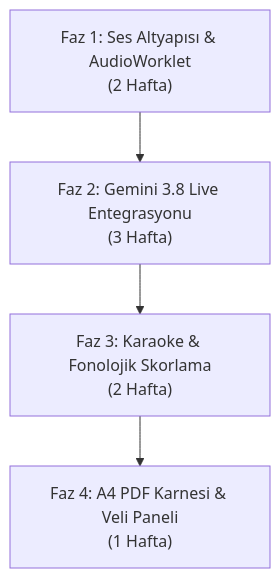
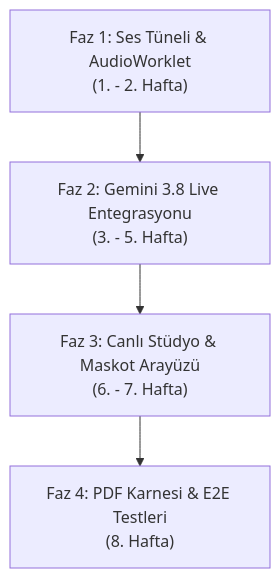
The diagram in AIOKUMA.md (morimasi/oogmatik), drawn with Mermaid before and after one commit. The commit also changed other lines of this file, not shown here.

````diff
--- a/AIOKUMA.md
+++ b/AIOKUMA.md
@@ -189,6 +420,6 @@
 ```mermaid
 flowchart TD
-    S1["Faz 1: Ses Altyapısı & AudioWorklet<br/>(2 Hafta)"] --> S2["Faz 2: Gemini 3.8 Live Entegrasyonu<br/>(3 Hafta)"]
-    S2 --> S3["Faz 3: Karaoke & Fonolojik Skorlama<br/>(2 Hafta)"]
-    S3 --> S4["Faz 4: A4 PDF Karnesi & Veli Paneli<br/>(1 Hafta)"]
+    F1["Faz 1: Ses Tüneli & AudioWorklet<br/>(1. - 2. Hafta)"] --> F2["Faz 2: Gemini 3.8 Live Entegrasyonu<br/>(3. - 5. Hafta)"]
+    F2 --> F3["Faz 3: Canlı Stüdyo & Maskot Arayüzü<br/>(6. - 7. Hafta)"]
+    F3 --> F4["Faz 4: PDF Karnesi & E2E Testleri<br/>(8. Hafta)"]
 ```
````
